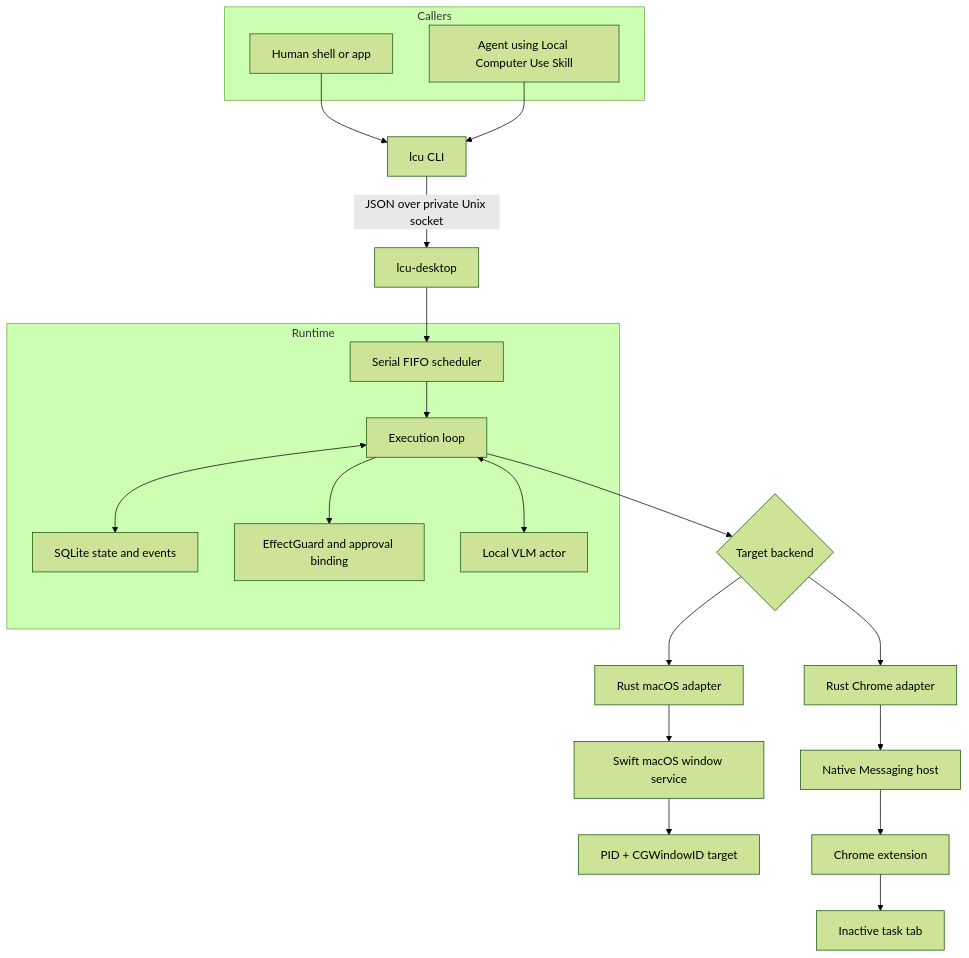
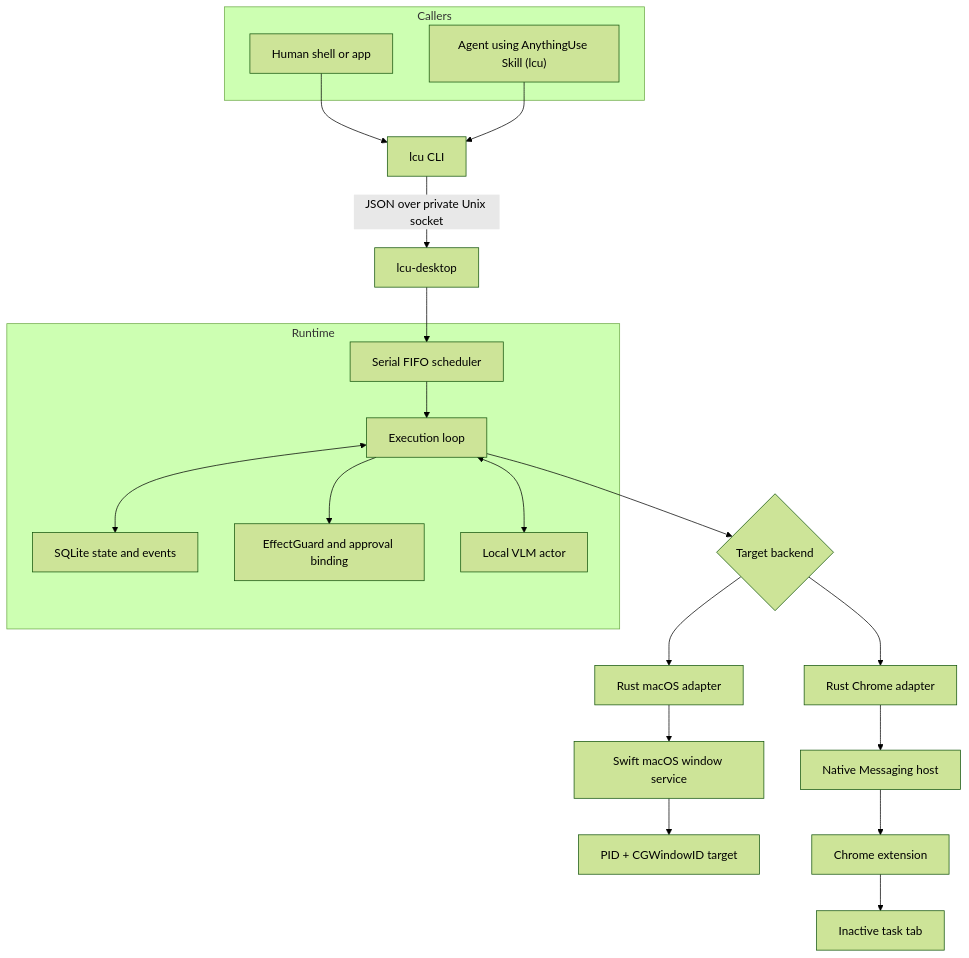
Before and after one commit to HelloiOS2014/AnythingUse: the first of 2 diagrams in docs/architecture.md, drawn with Mermaid (forest theme). The commit also changed other lines of this file and 10 other files, not shown here.

````diff
--- a/docs/architecture.md
+++ b/docs/architecture.md
@@ -18,37 +20,37 @@
 ```mermaid
 flowchart TB
     subgraph Callers
         HUMAN["Human shell or app"]
-        AGENT["Agent using Local Computer Use Skill"]
+        AGENT["Agent using AnythingUse Skill (lcu)"]
     end
 
     HUMAN --> CLI
     AGENT --> CLI
 
     CLI["lcu CLI"] -->|JSON over private Unix socket| DESKTOP["lcu-desktop"]
     DESKTOP --> QUEUE["Serial FIFO scheduler"]
     QUEUE --> LOOP["Execution loop"]
 
     subgraph Runtime
         QUEUE
         LOOP
         STORE["SQLite state and events"]
         RISK["EffectGuard and approval binding"]
         MODEL["Local VLM actor"]
     end
 
     LOOP <--> STORE
     LOOP --> RISK
     LOOP <--> MODEL
 
     LOOP --> BACKEND{"Target backend"}
     BACKEND --> MAC["Rust macOS adapter"]
     BACKEND --> CHROME["Rust Chrome adapter"]
 
     MAC --> SWIFT["Swift macOS window service"]
     SWIFT --> WINDOW["PID + CGWindowID target"]
 
     CHROME --> HOST["Native Messaging host"]
     HOST --> EXT["Chrome extension"]
     EXT --> TAB["Inactive task tab"]
 ```
````
